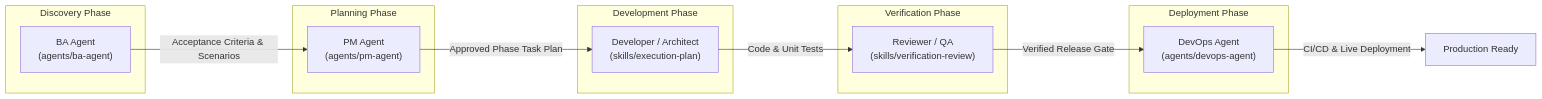
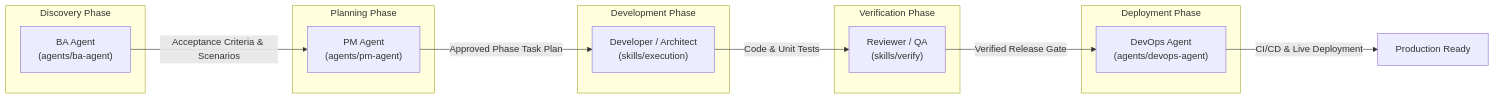
Before and after one commit to markromolecule/context-factory: the diagram in agents/README.md, drawn with Mermaid. The commit also changed 84 other files, not shown here.

````diff
--- a/agents/README.md
+++ b/agents/README.md
@@ -15,28 +15,28 @@
 ```mermaid
 flowchart LR
     subgraph S1["Discovery Phase"]
         BA["BA Agent<br/>(agents/ba-agent)"]
     end
 
     subgraph S2["Planning Phase"]
         PM["PM Agent<br/>(agents/pm-agent)"]
     end
 
     subgraph S3["Development Phase"]
-        DEV["Developer / Architect<br/>(skills/execution-plan)"]
+        DEV["Developer / Architect<br/>(skills/execution)"]
     end
 
     subgraph S4["Verification Phase"]
-        QA["Reviewer / QA<br/>(skills/verification-review)"]
+        QA["Reviewer / QA<br/>(skills/verify)"]
     end
 
     subgraph S5["Deployment Phase"]
         OPS["DevOps Agent<br/>(agents/devops-agent)"]
     end
 
     BA -->|"Acceptance Criteria & Scenarios"| PM
     PM -->|"Approved Phase Task Plan"| DEV
     DEV -->|"Code & Unit Tests"| QA
     QA -->|"Verified Release Gate"| OPS
     OPS -->|"CI/CD & Live Deployment"| DONE["Production Ready"]
 ```
````
